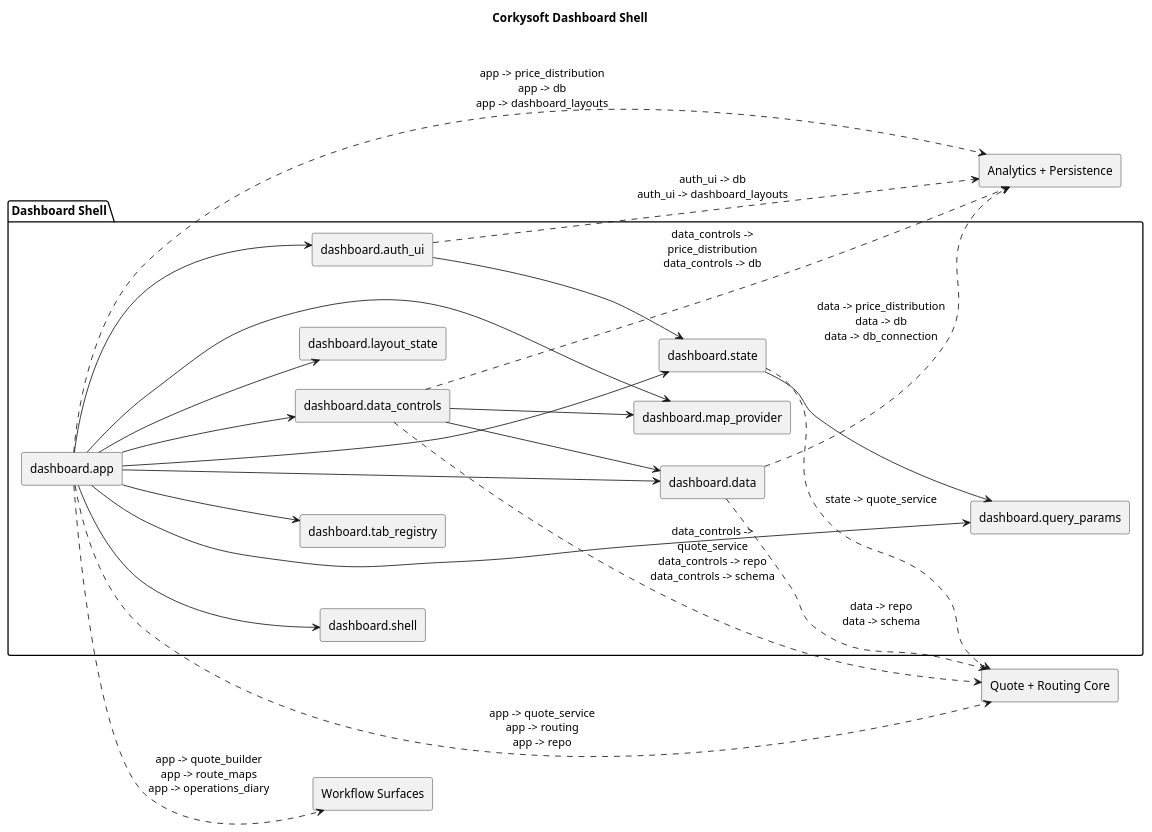
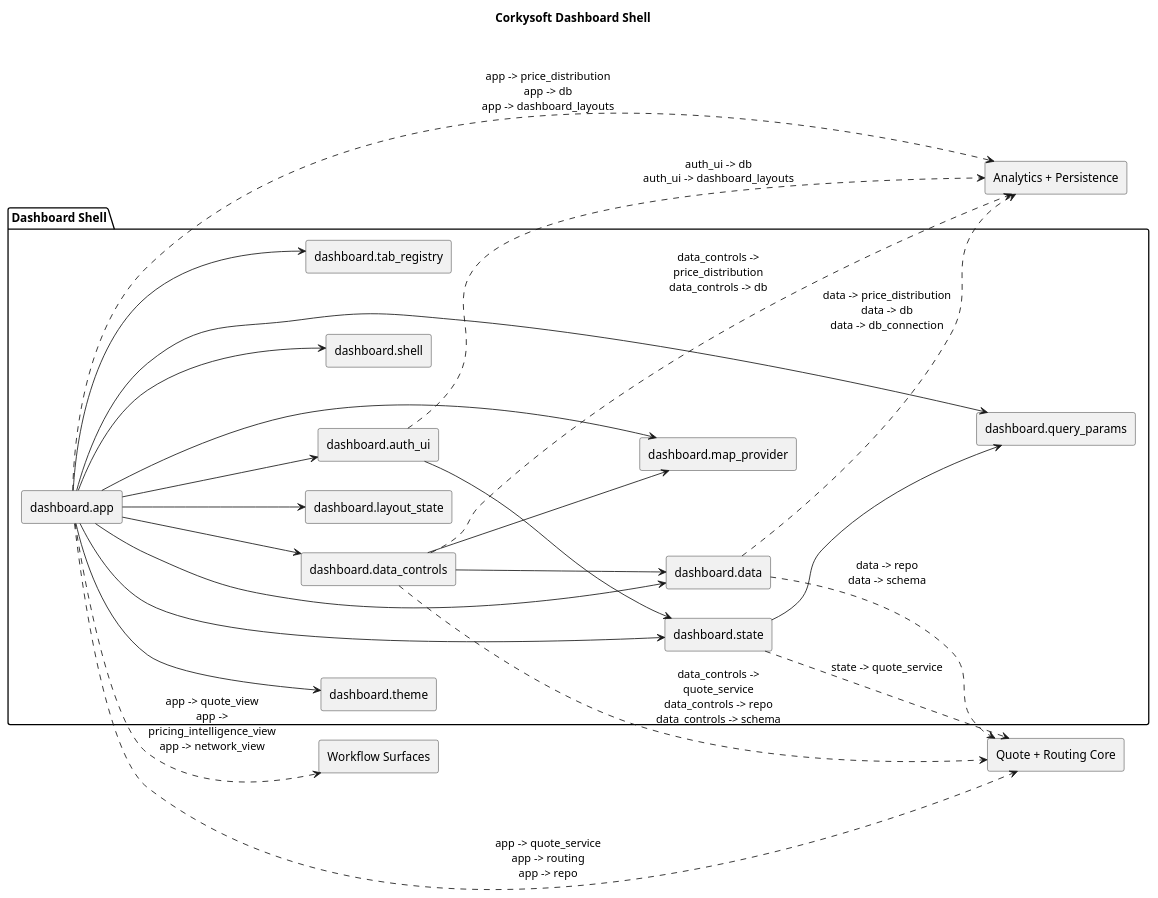
One commit to chboishabba/corkysoft changed the diagram in docs/architecture_dashboard_shell.puml. Above: the diagram before and after it, drawn with PlantUML. The commit also changed 77 other files, not shown here.

```diff
--- a/docs/architecture_dashboard_shell.puml
+++ b/docs/architecture_dashboard_shell.puml
@@ -1,45 +1,47 @@
 @startuml
 title Corkysoft Dashboard Shell
 left to right direction
 skinparam componentStyle rectangle
 skinparam shadowing false
 skinparam wrapWidth 220
 skinparam maxMessageSize 180
 package "Dashboard Shell" {
   [dashboard.app] as dashboard_app
   [dashboard.auth_ui] as dashboard_auth_ui
   [dashboard.data] as dashboard_data
   [dashboard.data_controls] as dashboard_data_controls
   [dashboard.layout_state] as dashboard_layout_state
   [dashboard.map_provider] as dashboard_map_provider
   [dashboard.query_params] as dashboard_query_params
   [dashboard.shell] as dashboard_shell
   [dashboard.state] as dashboard_state
   [dashboard.tab_registry] as dashboard_tab_registry
+  [dashboard.theme] as dashboard_theme
 }
 dashboard_app --> dashboard_auth_ui
 dashboard_app --> dashboard_data
 dashboard_app --> dashboard_data_controls
 dashboard_app --> dashboard_layout_state
 dashboard_app --> dashboard_map_provider
 dashboard_app --> dashboard_query_params
 dashboard_app --> dashboard_shell
 dashboard_app --> dashboard_state
 dashboard_app --> dashboard_tab_registry
+dashboard_app --> dashboard_theme
 dashboard_auth_ui --> dashboard_state
 dashboard_data_controls --> dashboard_data
 dashboard_data_controls --> dashboard_map_provider
 dashboard_state --> dashboard_query_params
 [Analytics + Persistence] as external_analytics_persistence
 dashboard_app ..> external_analytics_persistence : app -> price_distribution\napp -> db\napp -> dashboard_layouts
 dashboard_auth_ui ..> external_analytics_persistence : auth_ui -> db\nauth_ui -> dashboard_layouts
 dashboard_data_controls ..> external_analytics_persistence : data_controls -> price_distribution\ndata_controls -> db
 dashboard_data ..> external_analytics_persistence : data -> price_distribution\ndata -> db\ndata -> db_connection
 [Quote + Routing Core] as external_quote_routing_core
 dashboard_app ..> external_quote_routing_core : app -> quote_service\napp -> routing\napp -> repo
 dashboard_data_controls ..> external_quote_routing_core : data_controls -> quote_service\ndata_controls -> repo\ndata_controls -> schema
 dashboard_data ..> external_quote_routing_core : data -> repo\ndata -> schema
 dashboard_state ..> external_quote_routing_core : state -> quote_service
 [Workflow Surfaces] as external_workflow_surfaces
-dashboard_app ..> external_workflow_surfaces : app -> quote_builder\napp -> route_maps\napp -> operations_diary
+dashboard_app ..> external_workflow_surfaces : app -> quote_view\napp -> pricing_intelligence_view\napp -> network_view
 @enduml
```
